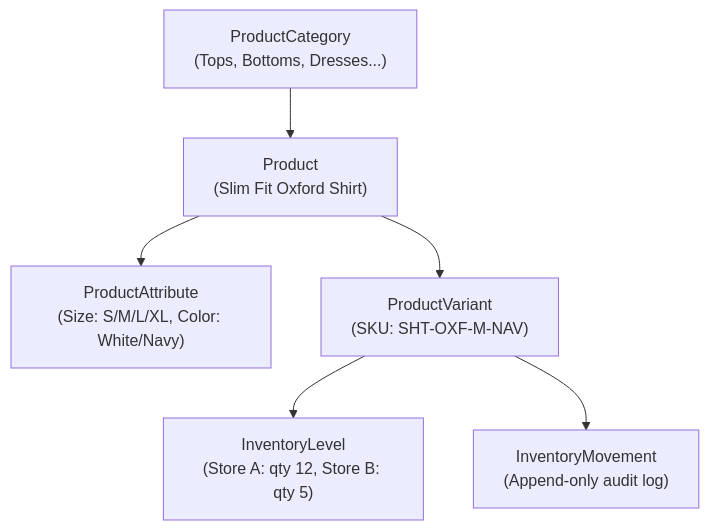
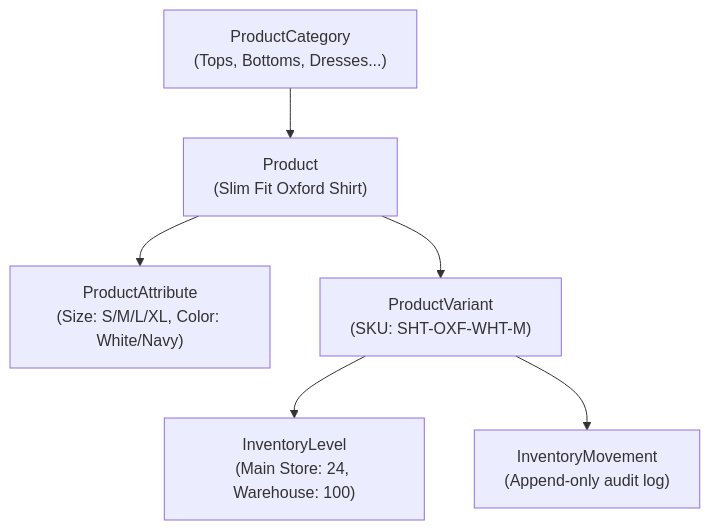
The second of 2 diagrams in docs/schema-documentation.md (codernotme/marketplace), drawn with Mermaid before and after one commit. The commit also changed other lines of this file and 264 other files, not shown here.

````diff
--- a/docs/schema-documentation.md
+++ b/docs/schema-documentation.md
@@ -199,15 +108,15 @@
 ```mermaid
 graph TD
     CAT["ProductCategory<br/>(Tops, Bottoms, Dresses...)"]
     PROD["Product<br/>(Slim Fit Oxford Shirt)"]
     ATTR["ProductAttribute<br/>(Size: S/M/L/XL, Color: White/Navy)"]
-    VAR["ProductVariant<br/>(SKU: SHT-OXF-M-NAV)"]
-    INV["InventoryLevel<br/>(Store A: qty 12, Store B: qty 5)"]
+    VAR["ProductVariant<br/>(SKU: SHT-OXF-WHT-M)"]
+    INV["InventoryLevel<br/>(Main Store: 24, Warehouse: 100)"]
     MOV["InventoryMovement<br/>(Append-only audit log)"]
 
     CAT --> PROD
     PROD --> ATTR
     PROD --> VAR
     VAR --> INV
     VAR --> MOV
 ```
````
